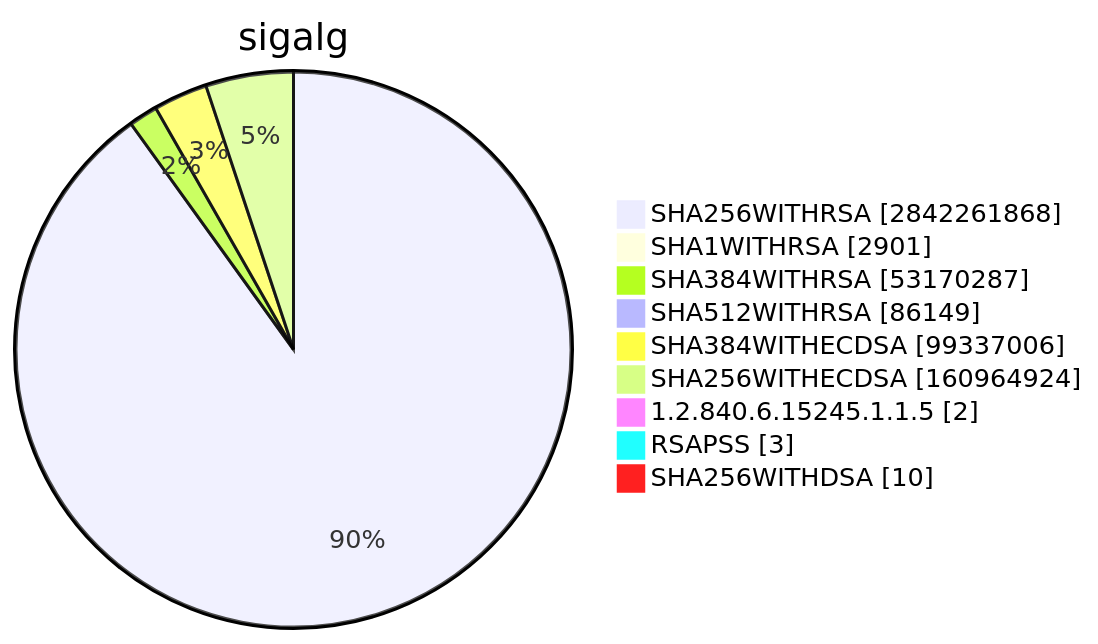
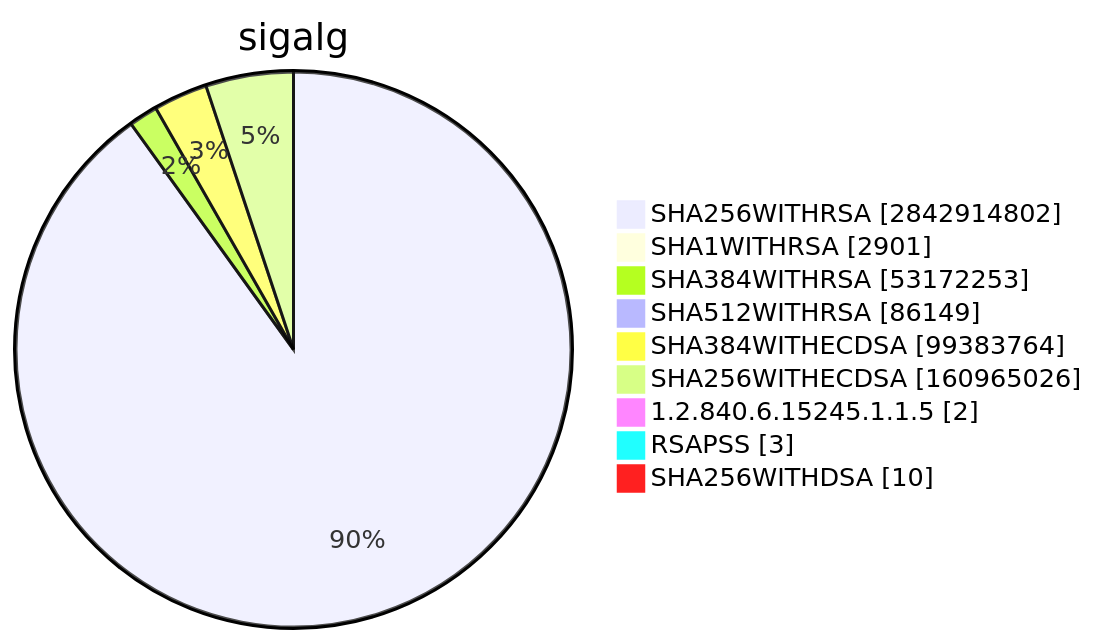
One commit to christiankrug/ctmonitor_visualization changed diagram 15 of 15 in TOTAL/README.md. Above: the diagram before and after it, drawn with Mermaid. The commit also changed other lines of this file, not shown here.

````diff
--- a/TOTAL/README.md
+++ b/TOTAL/README.md
@@ -6207,13 +6207,13 @@
 ```mermaid
 pie showData
 title sigalg
-"SHA256WITHRSA" :2842261868
+"SHA256WITHRSA" :2842914802
 "SHA1WITHRSA" :2901
-"SHA384WITHRSA" :53170287
+"SHA384WITHRSA" :53172253
 "SHA512WITHRSA" :86149
-"SHA384WITHECDSA" :99337006
-"SHA256WITHECDSA" :160964924
+"SHA384WITHECDSA" :99383764
+"SHA256WITHECDSA" :160965026
 "1.2.840.6.15245.1.1.5" :2
 "RSAPSS" :3
 "SHA256WITHDSA" :10
 ```
````
